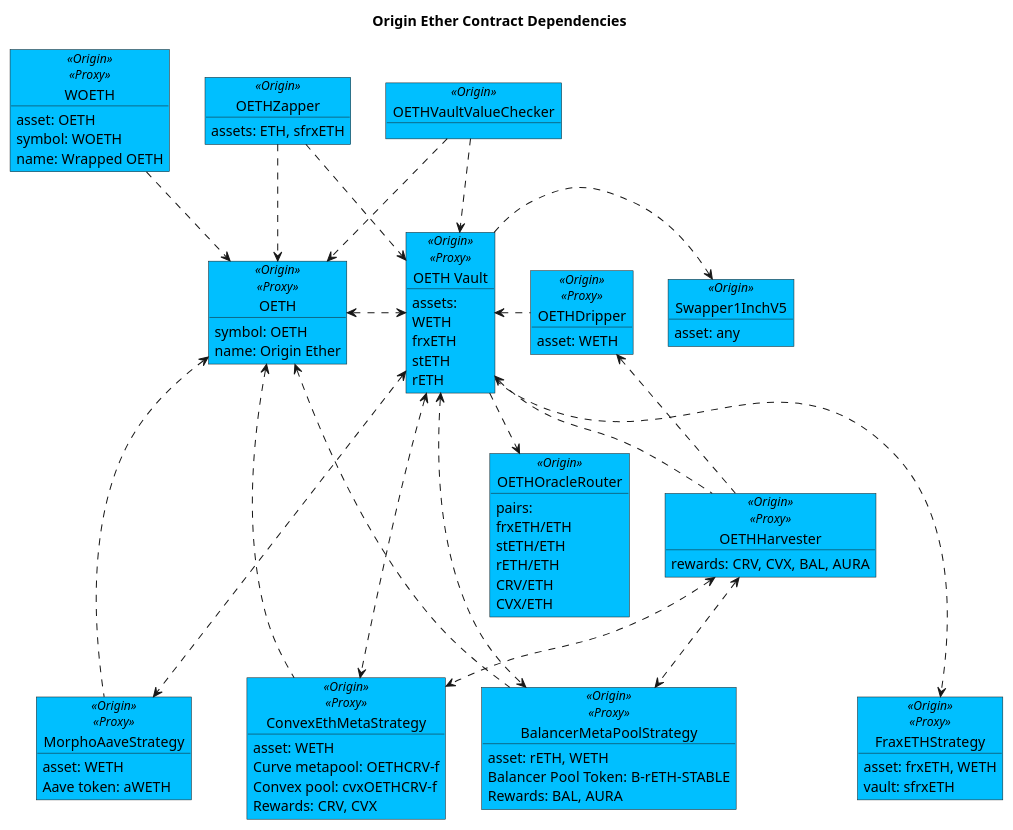
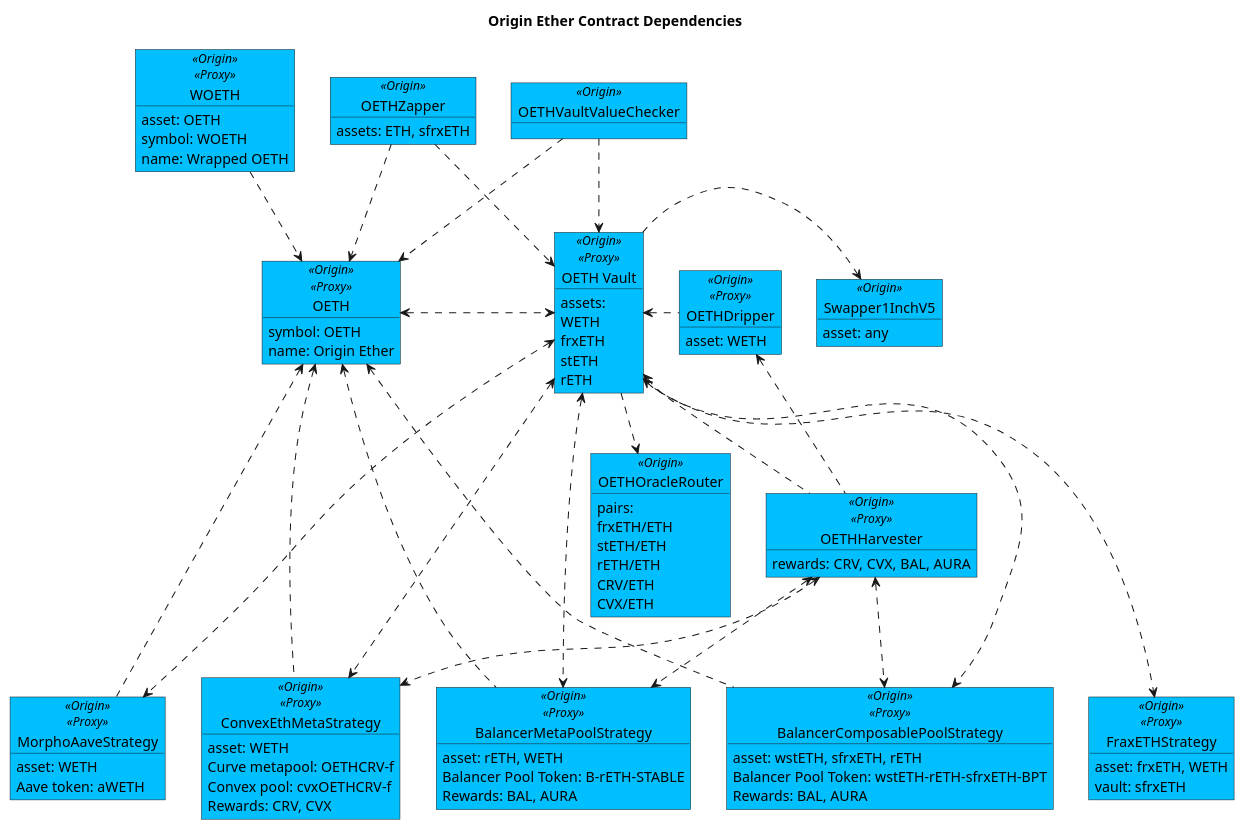
Before and after one commit to OriginProtocol/origin-dollar: the diagram in contracts/docs/plantuml/oethContracts.puml, drawn with PlantUML. The commit also changed 1 other file, not shown here.

Commit message:
Added BalancerComposablePoolStrategy to OETH contracts diagram

```diff
--- a/contracts/docs/plantuml/oethContracts.puml
+++ b/contracts/docs/plantuml/oethContracts.puml
@@ -56,9 +56,15 @@
     Aave token: aWETH
 }
 
-object "BalancerMetaPoolStrategy" as balancerStrat <<Origin>><<Proxy>> #DeepSkyBlue {
+object "BalancerMetaPoolStrategy" as balMetapoolStrat <<Origin>><<Proxy>> #DeepSkyBlue {
     asset: rETH, WETH
     Balancer Pool Token: B-rETH-STABLE
+    Rewards: BAL, AURA
+}
+
+object "BalancerComposablePoolStrategy" as balCompStrat <<Origin>><<Proxy>> #DeepSkyBlue {
+    asset: wstETH, sfrxETH, rETH
+    Balancer Pool Token: wstETH-rETH-sfrxETH-BPT
     Rewards: BAL, AURA
 }
 
@@ -210,10 +216,15 @@
 ' morphoV2 ..> aweth
 ' morphoV2 ..> vdweth
 
-' Balancer Strategy
-oethv <...> balancerStrat
-oeth <... balancerStrat
-harv <..> balancerStrat
+' Balancer Metapool Strategy
+oethv <...> balMetapoolStrat
+oeth <... balMetapoolStrat
+harv <..> balMetapoolStrat
+
+' Balancer Composable Pool Strategy
+oethv <...> balCompStrat
+oeth <... balCompStrat
+harv <..> balCompStrat
 
 ' ' Vault to Assets
 ' oethv .....> frxeth
```
